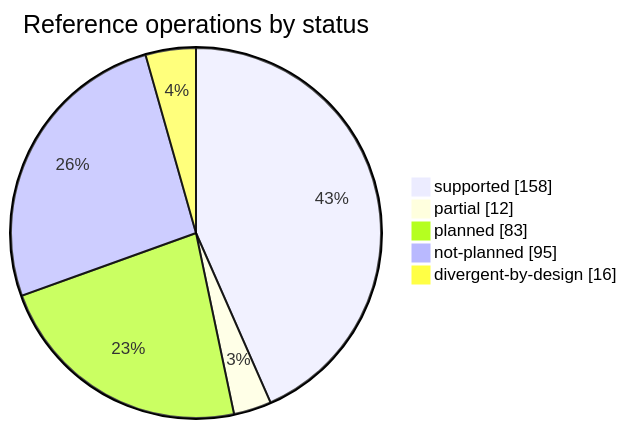
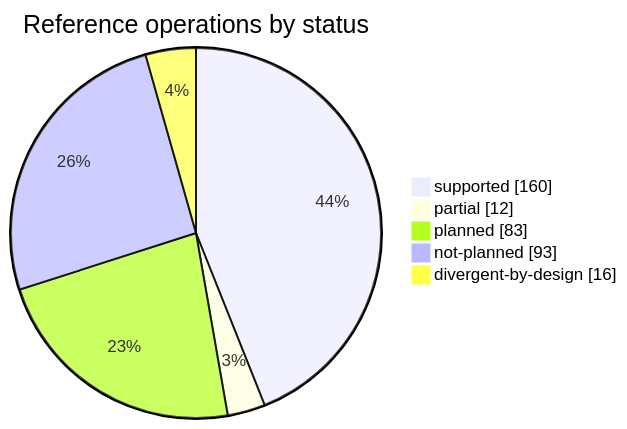
One commit to rafaelvieiras/tinyfin changed the first of 2 diagrams in docs/COVERAGE.md. Above: the diagram before and after it, drawn with Mermaid. The commit also changed other lines of this file and 7 other files, not shown here.

````diff
--- a/docs/COVERAGE.md
+++ b/docs/COVERAGE.md
@@ -32,8 +32,8 @@
 ```mermaid
 pie showData title Reference operations by status
-    "supported" : 158
+    "supported" : 160
     "partial" : 12
     "planned" : 83
-    "not-planned" : 95
+    "not-planned" : 93
     "divergent-by-design" : 16
 ```
````
